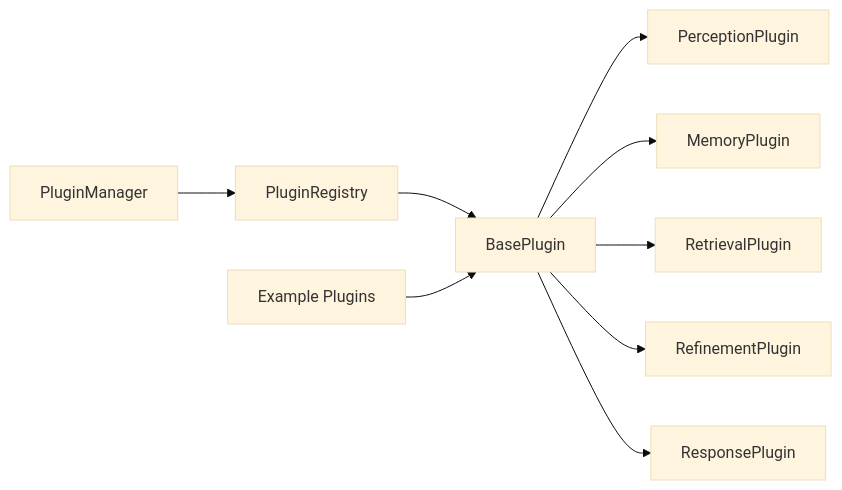
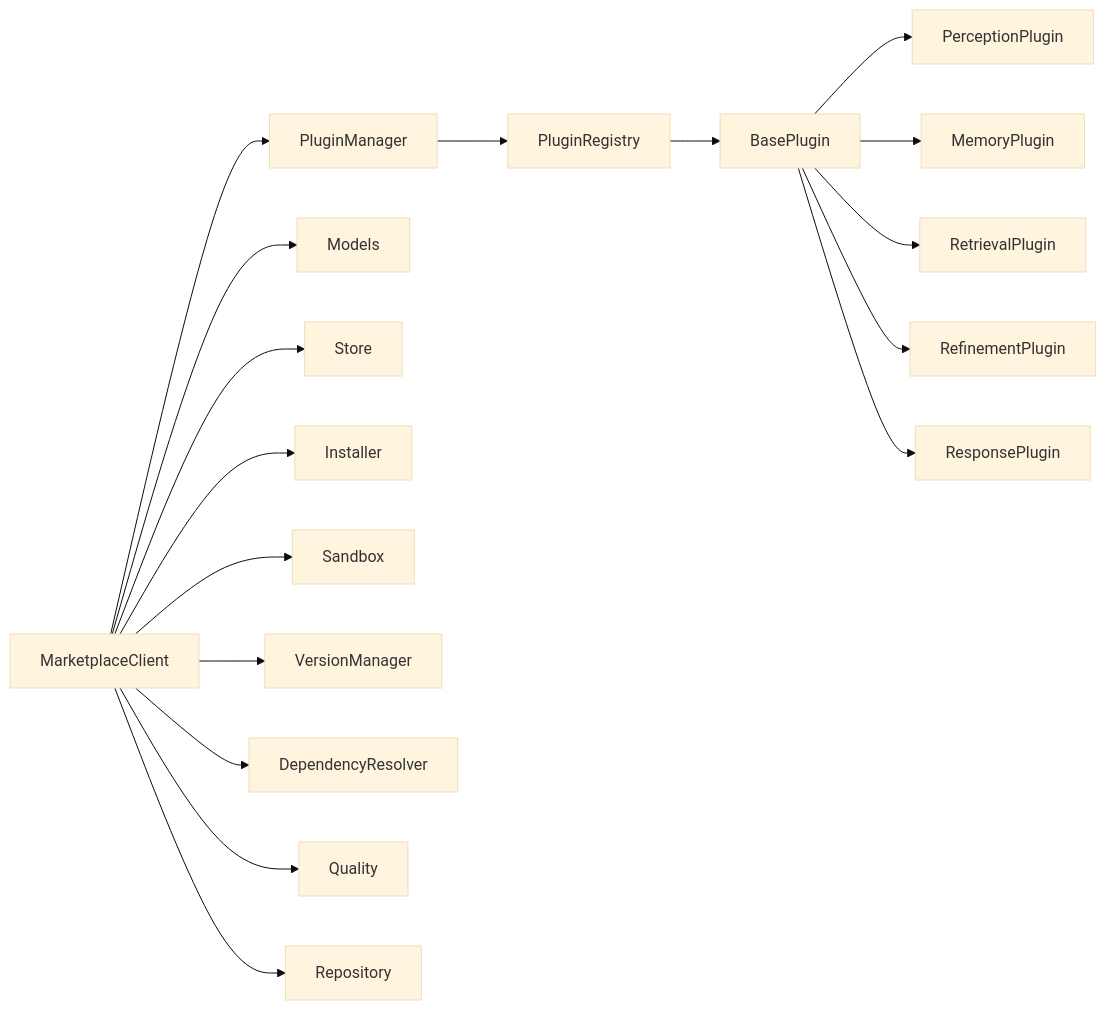
Before and after one commit to JieGaoPrinceton/NecoRAG: the sixth of 6 diagrams in .qoder/repowiki/zh/content/插件扩展系统.md, drawn with Mermaid (base theme). The commit also changed other lines of this file and 70 other files, not shown here.

````diff
--- a/.qoder/repowiki/zh/content/插件扩展系统.md
+++ b/.qoder/repowiki/zh/content/插件扩展系统.md
@@ -292,11 +457,19 @@
 ```mermaid
 graph LR
 Base["BasePlugin"] --> Per["PerceptionPlugin"]
 Base --> Mem["MemoryPlugin"]
 Base --> Ret["RetrievalPlugin"]
 Base --> Ref["RefinementPlugin"]
 Base --> Res["ResponsePlugin"]
 Reg["PluginRegistry"] --> Base
 Man["PluginManager"] --> Reg
-Ex["Example Plugins"] --> Base
+MClient["MarketplaceClient"] --> Man
+MClient --> Models["Models"]
+MClient --> Store["Store"]
+MClient --> Installer["Installer"]
+MClient --> Sandbox["Sandbox"]
+MClient --> VersionMgr["VersionManager"]
+MClient --> DepResolver["DependencyResolver"]
+MClient --> Quality["Quality"]
+MClient --> Repo["Repository"]
 ```
````
